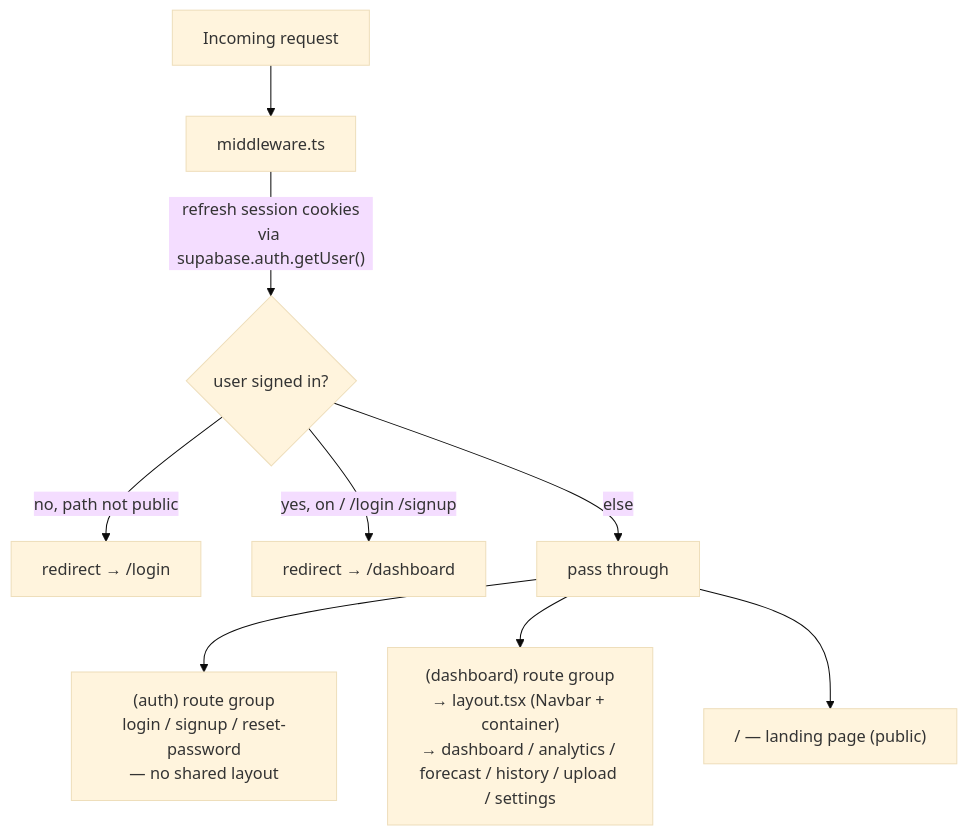
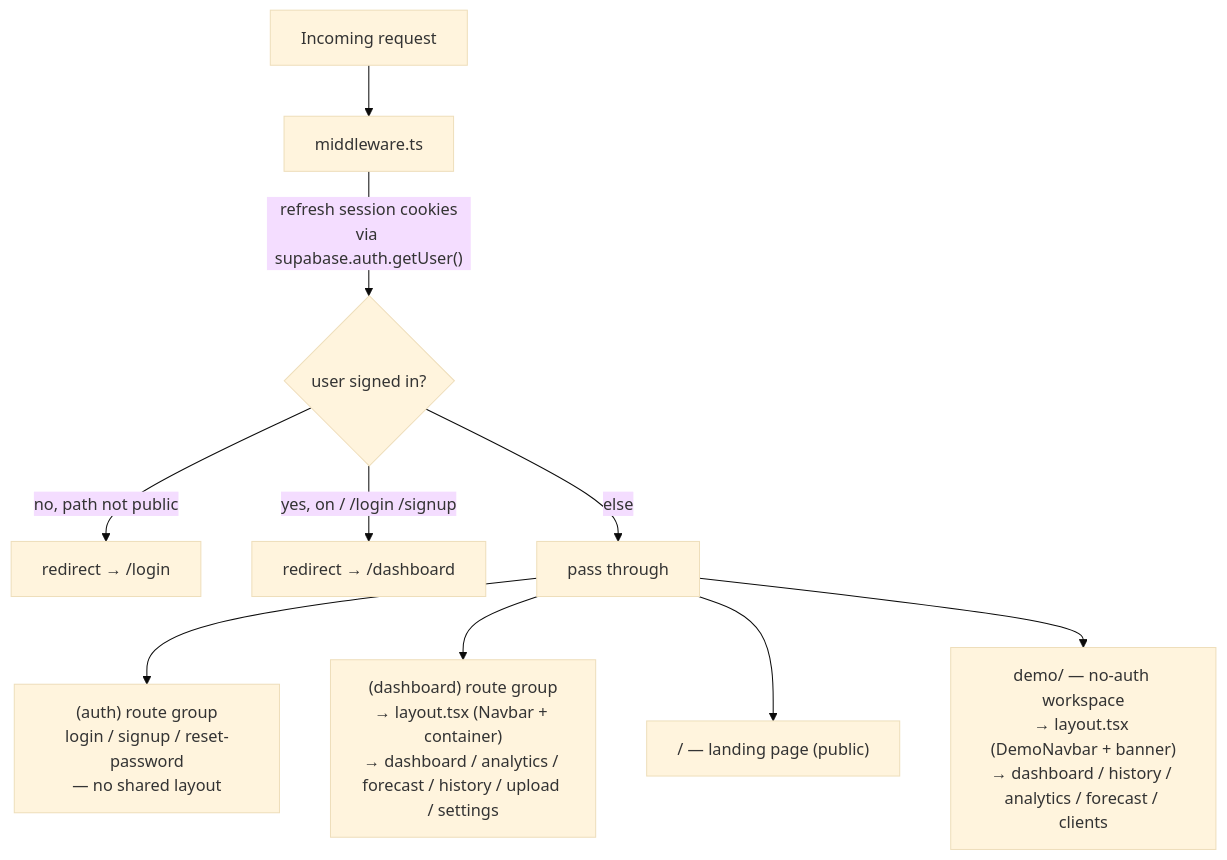
The first of 5 diagrams in docs/ARCHITECTURE.md (Robert-A2/freelancer-dashboard), drawn with Mermaid (base theme) before and after one commit. The commit also changed other lines of this file and 3 other files, not shown here.

First line of the commit message:
docs: sync demo experience — ARCHITECTURE, USER_JOURNEY, AUTHENTICATION, PRODUCT

````diff
--- a/docs/ARCHITECTURE.md
+++ b/docs/ARCHITECTURE.md
@@ -89,11 +101,12 @@
 ```mermaid
 flowchart TD
     Req["Incoming request"] --> MW["middleware.ts"]
     MW -->|"refresh session cookies\nvia supabase.auth.getUser()"| Check{"user signed in?"}
     Check -- "no, path not public" --> Login["redirect → /login"]
     Check -- "yes, on / /login /signup" --> Dash["redirect → /dashboard"]
     Check -- else --> Pass["pass through"]
     Pass --> Auth["(auth) route group\nlogin / signup / reset-password\n— no shared layout"]
     Pass --> DashGroup["(dashboard) route group\n→ layout.tsx (Navbar + container)\n→ dashboard / analytics / forecast / history / upload / settings"]
     Pass --> Landing["/ — landing page (public)"]
+    Pass --> Demo["demo/ — no-auth workspace\n→ layout.tsx (DemoNavbar + banner)\n→ dashboard / history / analytics / forecast / clients"]
 ```
````
